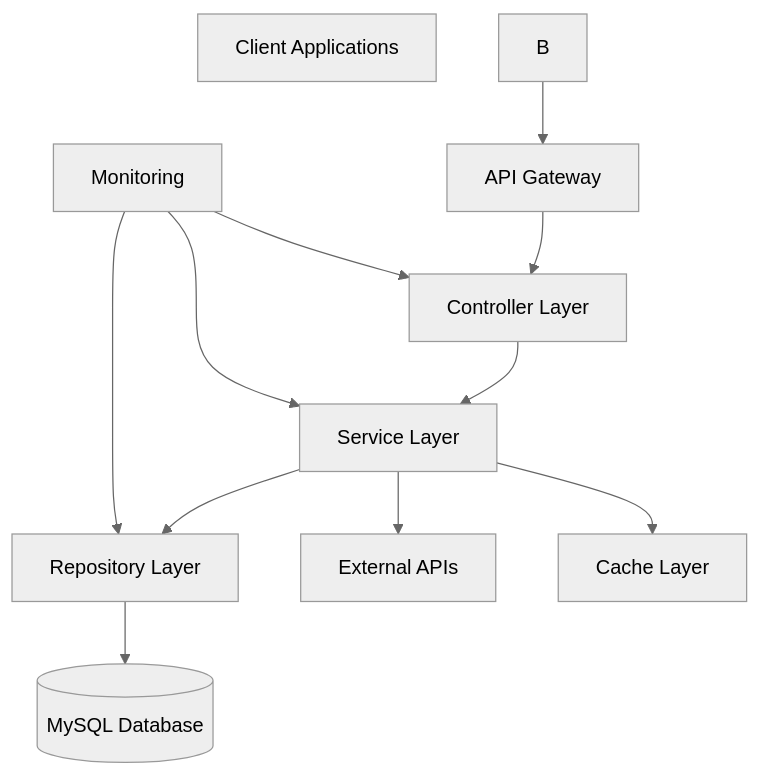
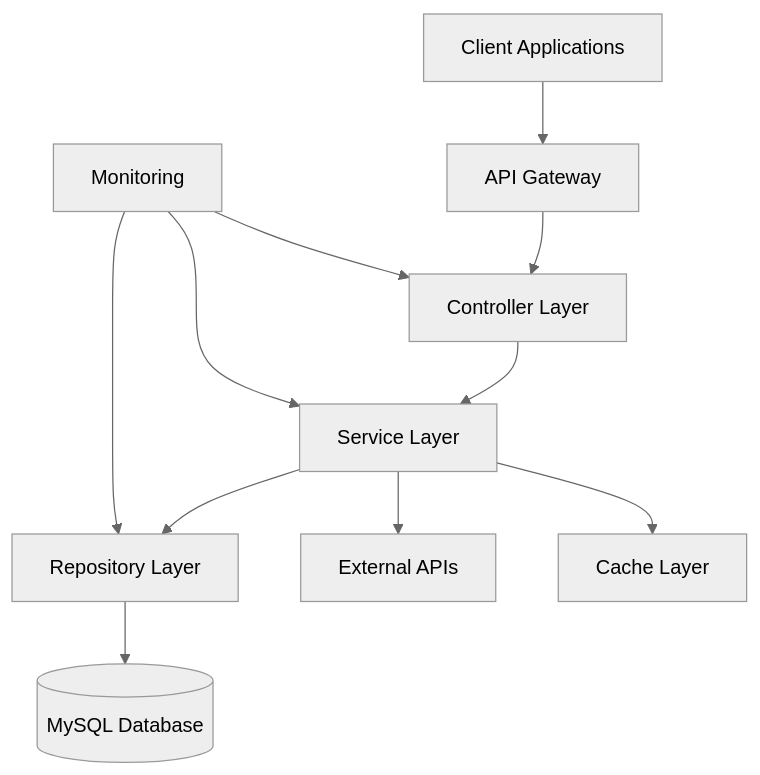
Before and after one commit to kishorek03/transaction-manager: the diagram in README.md, drawn with Mermaid (neutral theme).

````diff
--- a/README.md
+++ b/README.md
@@ -101,16 +101,16 @@
 ```mermaid
 graph TB
     A[Client Applications]
-    B --> C[API Gateway]
+    A --> C[API Gateway]
     C --> D[Controller Layer]
     D --> E[Service Layer]
     E --> F[Repository Layer]
     F --> G[(MySQL Database)]
     
     E --> H[External APIs]
     E --> I[Cache Layer]
     
     J[Monitoring] --> D
     J --> E
     J --> F
 ```
````
